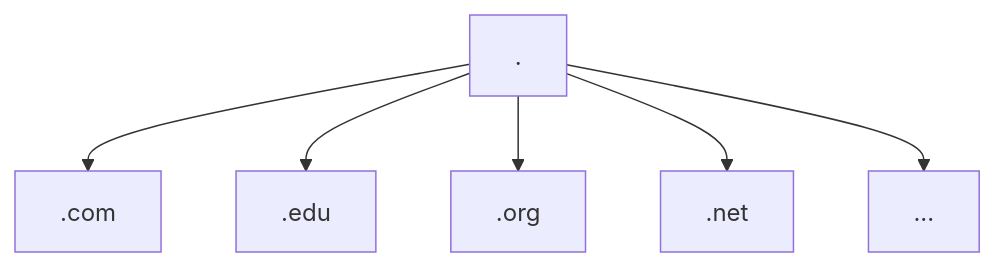
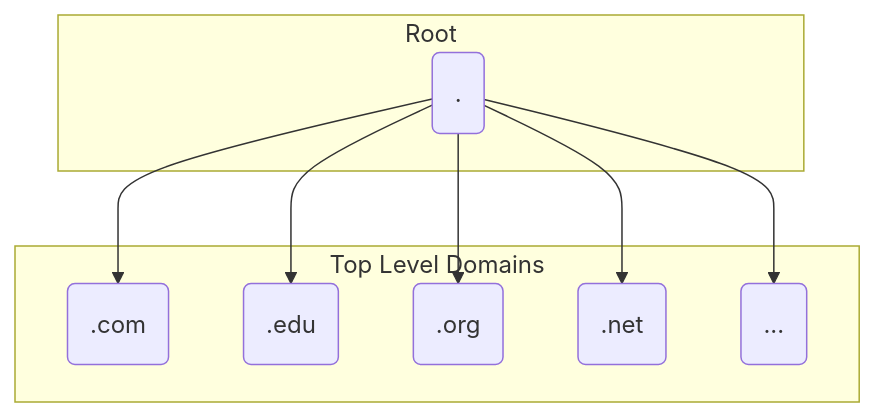
One commit to underscoremin/underscoremin.github.io changed the second of 3 diagrams in _posts/2022-12-01-what-is-DNS.md. Above: the diagram before and after it, drawn with Mermaid. The commit also changed other lines of this file and 1 other file, not shown here.

Commit message:
updated mermaid graphs

````diff
--- a/_posts/2022-12-01-what-is-DNS.md
+++ b/_posts/2022-12-01-what-is-DNS.md
@@ -47,8 +49,13 @@
 ```mermaid
 flowchart TD
-    . --> .com
-    . --> .edu
-    . --> .org
-    . --> .net
-    . --> ...
+    subgraph Root
+    n1(.)
+    end
+    subgraph Top Level Domains
+    n1 --> n2(.com)
+    n1 --> n3(.edu)
+    n1 --> n4(.org)
+    n1 --> n5(.net)
+    n1 --> n6(...)
+    end
 ```   
````
